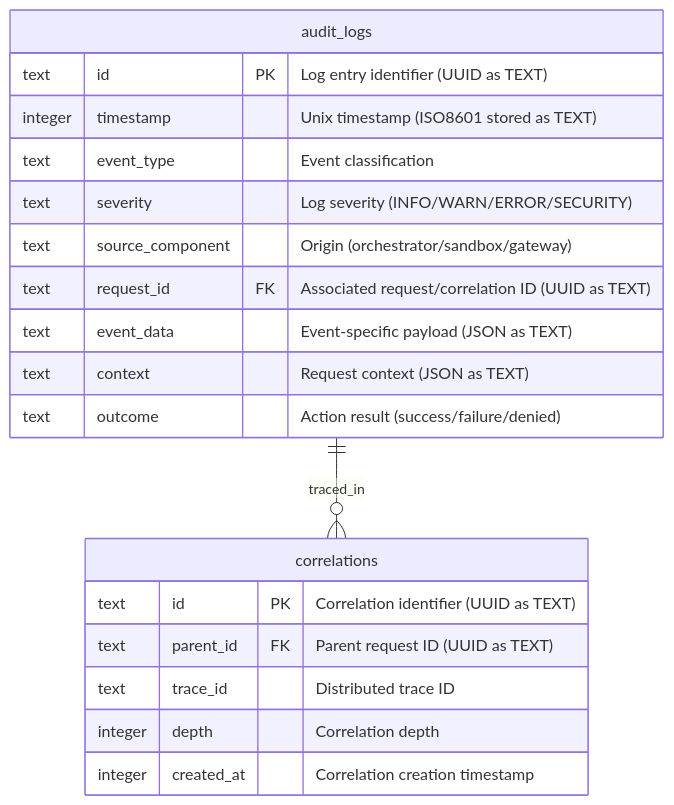
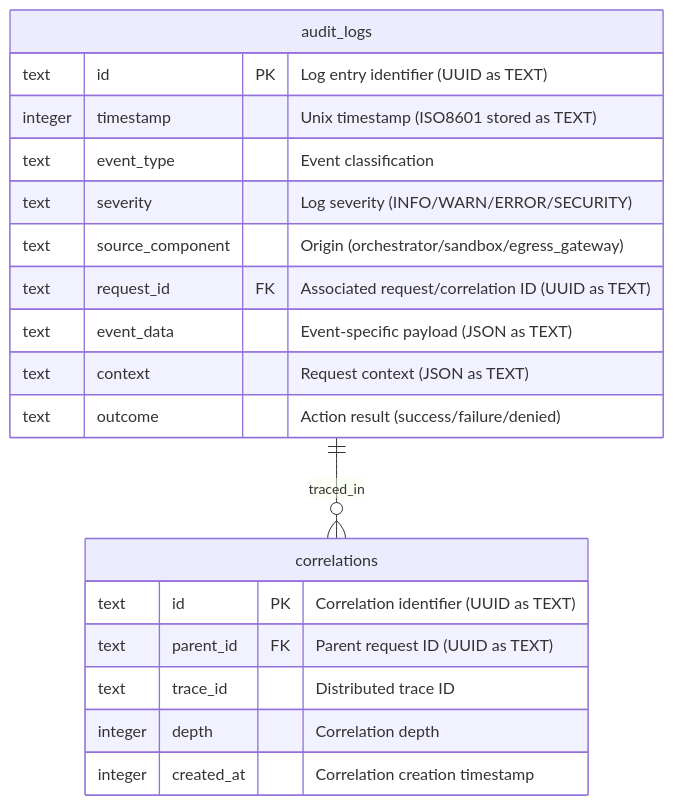
One commit to openkraken-ai/openkraken changed the fourth of 7 diagrams in TechSpec.md. Above: the diagram before and after it, drawn with Mermaid. The commit also changed other lines of this file and 2 other files, not shown here.

````diff
--- a/TechSpec.md
+++ b/TechSpec.md
@@ -596,24 +596,24 @@
 ```mermaid
 erDiagram
     audit_logs {
         text id PK "Log entry identifier (UUID as TEXT)"
         integer timestamp "Unix timestamp (ISO8601 stored as TEXT)"
         text event_type "Event classification"
         text severity "Log severity (INFO/WARN/ERROR/SECURITY)"
-        text source_component "Origin (orchestrator/sandbox/gateway)"
+        text source_component "Origin (orchestrator/sandbox/egress_gateway)"
         text request_id FK "Associated request/correlation ID (UUID as TEXT)"
         text event_data "Event-specific payload (JSON as TEXT)"
         text context "Request context (JSON as TEXT)"
         text outcome "Action result (success/failure/denied)"
     }
     
     correlations {
         text id PK "Correlation identifier (UUID as TEXT)"
         text parent_id FK "Parent request ID (UUID as TEXT)"
         text trace_id "Distributed trace ID"
         integer depth "Correlation depth"
         integer created_at "Correlation creation timestamp"
     }
     
     audit_logs ||--o{ correlations : "traced_in"
 ```
````
